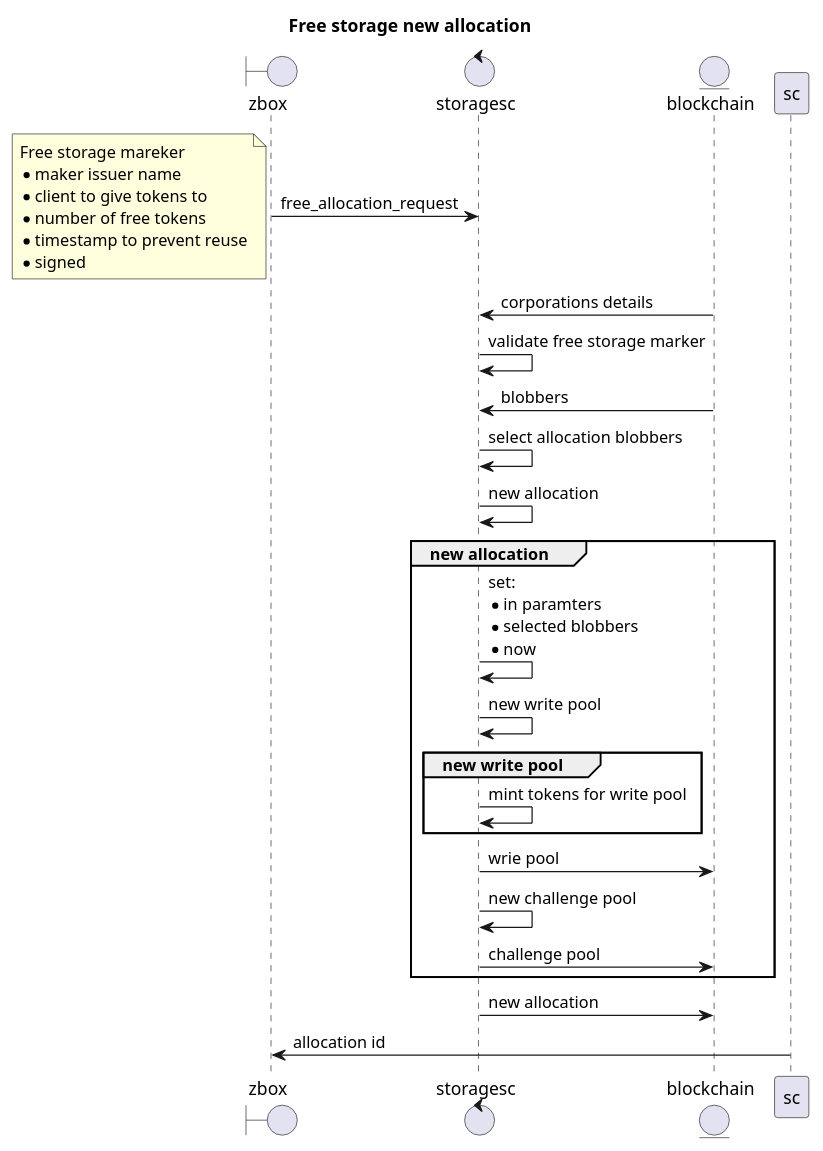
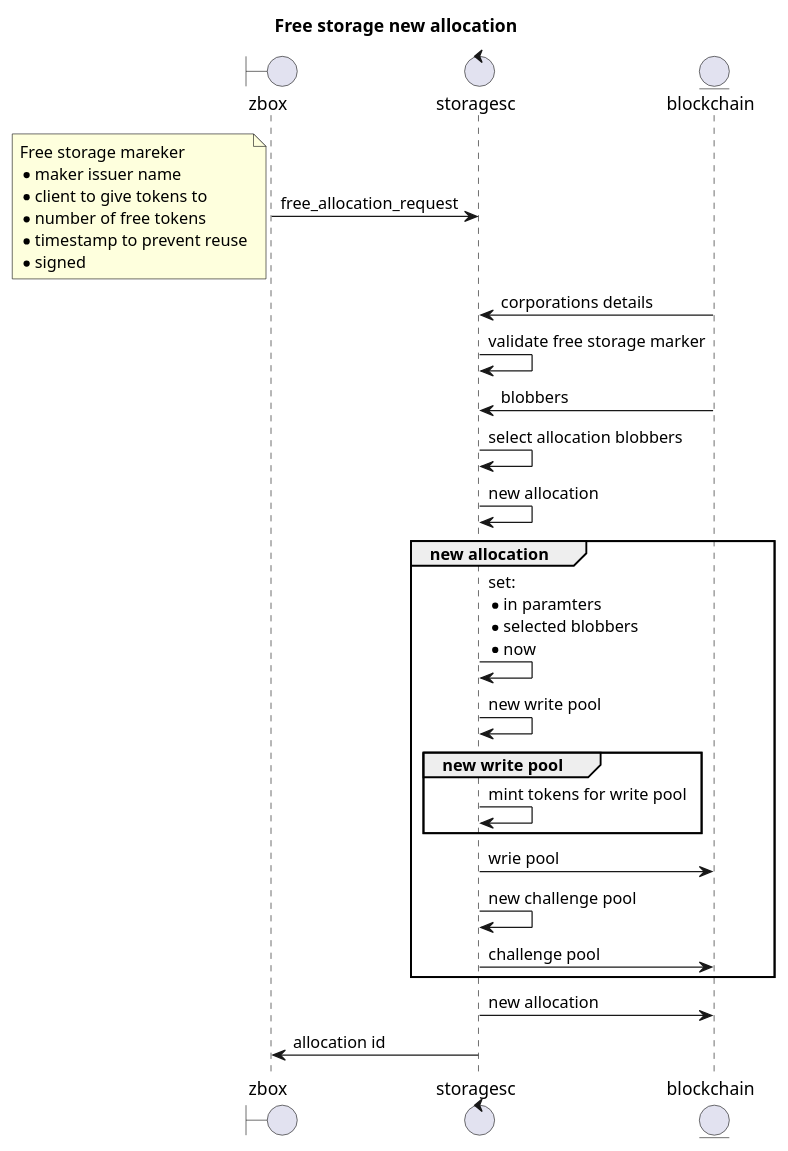
One commit to 0chain/zboxcli changed diagram 22 of 32 in documents/uml.md. Above: the diagram before and after it, drawn with PlantUML. The commit also changed other lines of this file and 1 other file, not shown here.

````diff
--- a/documents/uml.md
+++ b/documents/uml.md
@@ -489,32 +497,32 @@
  ```puml
 title Free storage new allocation
 boundary zbox
 control storagesc
 entity blockchain
 zbox ->storagesc: free_allocation_request
 note left
     Free storage mareker
     * maker issuer name
     * client to give tokens to
     * number of free tokens     
     * timestamp to prevent reuse
     * signed
 end note       
    storagesc<- blockchain : corporations details
    storagesc->storagesc: validate free storage marker
     blockchain ->storagesc: blobbers
    storagesc->storagesc: select allocation blobbers
    storagesc->storagesc: new allocation
     group new allocation
        storagesc->storagesc: set:\n* in paramters\n* selected blobbers\n* now
        storagesc->storagesc: new write pool
         group new write pool
            storagesc->storagesc: mint tokens for write pool
         end 
        storagesc-> blockchain : wrie pool
        storagesc->storagesc: new challenge pool    
        storagesc-> blockchain : challenge pool    
     end
    storagesc-> blockchain : new allocation
-sc -> zbox : allocation id 
+storagesc -> zbox : allocation id 
 ```
````
